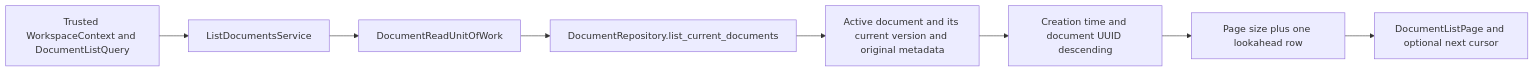
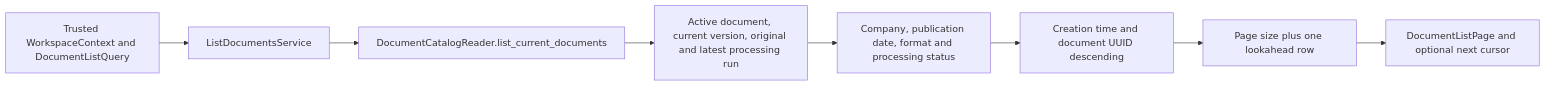
Before and after one commit to rnkraus/investment-research: the fourth of 5 diagrams in backend/src/investment_research/modules/documents/README.md, drawn with Mermaid. The commit also changed other lines of this file and 16 other files, not shown here.

First line of the commit message:
feat(catalog): filter documents by format and processing status

````diff
--- a/backend/src/investment_research/modules/documents/README.md
+++ b/backend/src/investment_research/modules/documents/README.md
@@ -121,10 +121,10 @@
 ```mermaid
 flowchart LR
     INPUT[Trusted WorkspaceContext and DocumentListQuery] --> SERVICE[ListDocumentsService]
-    SERVICE --> READ[DocumentReadUnitOfWork]
-    READ --> REPOSITORY[DocumentRepository.list_current_documents]
-    REPOSITORY --> JOIN[Active document and its current version and original metadata]
-    JOIN --> ORDER[Creation time and document UUID descending]
+    SERVICE --> REPOSITORY[DocumentCatalogReader.list_current_documents]
+    REPOSITORY --> JOIN[Active document, current version, original and latest processing run]
+    JOIN --> FILTER[Company, publication date, format and processing status]
+    FILTER --> ORDER[Creation time and document UUID descending]
     ORDER --> BOUND[Page size plus one lookahead row]
     BOUND --> PAGE[DocumentListPage and optional next cursor]
 ```
````
